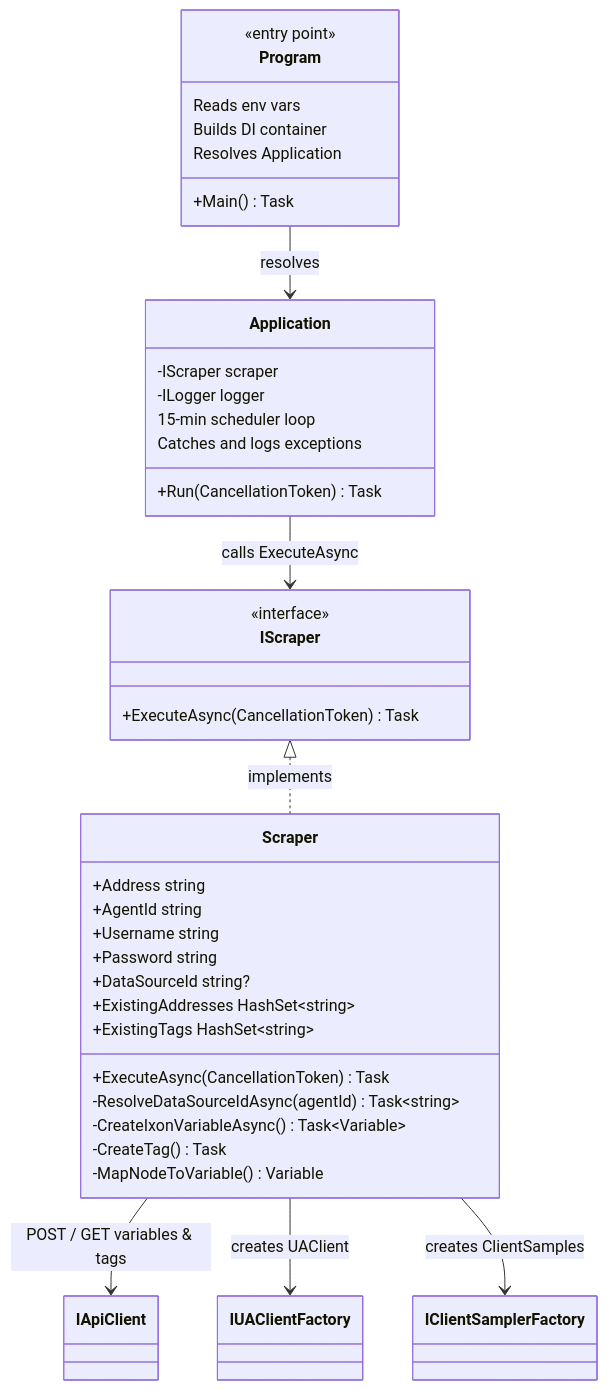
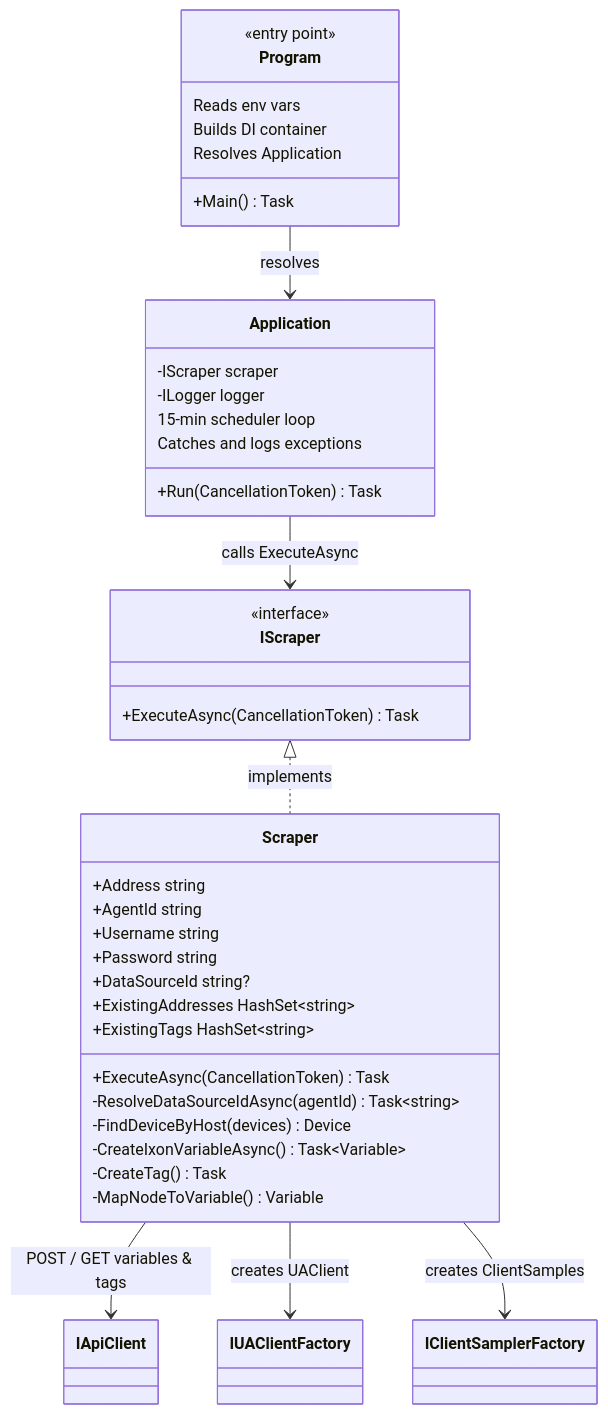
Before and after one commit to Rebel-it/rebel-ot-discover-edgeapp: the second of 4 diagrams in docs/05_building_block_view.adoc, drawn with Mermaid. The commit also changed other lines of this file and 1 other file, not shown here.

Commit message:
Enhance documentation and logic for OPC UA data source resolution: add device fetching and matching by IP address in Scraper workflow

```diff
--- a/docs/05_building_block_view.adoc
+++ b/docs/05_building_block_view.adoc
@@ -53,46 +53,47 @@
 [mermaid]
 ....
 classDiagram
     class Program {
         <<entry point>>
         +Main() Task
         Reads env vars
         Builds DI container
         Resolves Application
     }
 
     class Application {
         -IScraper scraper
         -ILogger logger
         +Run(CancellationToken) Task
         15-min scheduler loop
         Catches and logs exceptions
     }
 
     class IScraper {
         <<interface>>
         +ExecuteAsync(CancellationToken) Task
     }
 
     class Scraper {
         +Address string
         +AgentId string
         +Username string
         +Password string
         +DataSourceId string?
         +ExistingAddresses HashSet~string~
         +ExistingTags HashSet~string~
         +ExecuteAsync(CancellationToken) Task
         -ResolveDataSourceIdAsync(agentId) Task~string~
+        -FindDeviceByHost(devices) Device
         -CreateIxonVariableAsync() Task~Variable~
         -CreateTag() Task
         -MapNodeToVariable() Variable
     }
 
     Program --> Application : resolves
     Application --> IScraper : calls ExecuteAsync
     IScraper <|.. Scraper : implements
     Scraper --> IApiClient : POST / GET variables & tags
     Scraper --> IUAClientFactory : creates UAClient
     Scraper --> IClientSamplerFactory : creates ClientSamples
 ....
```
